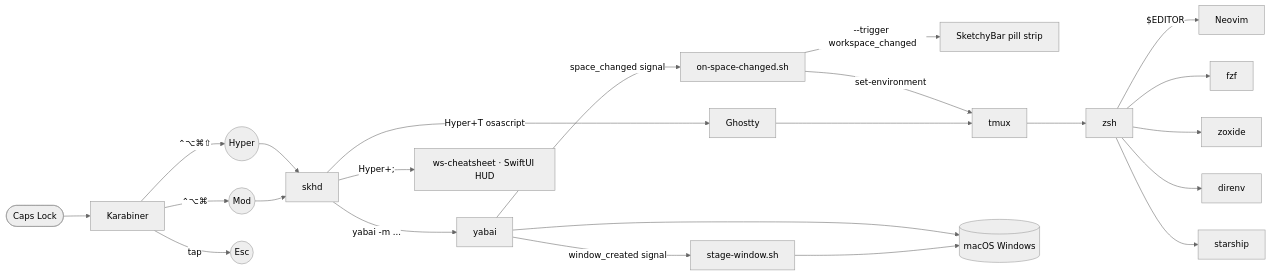
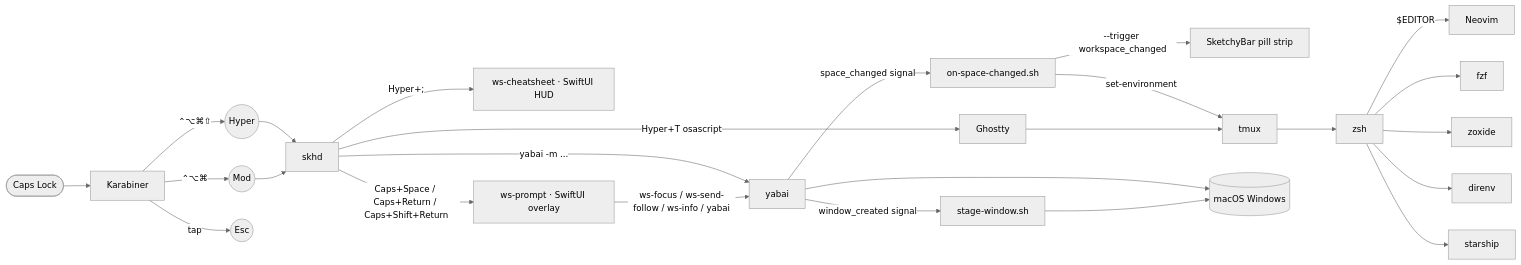
The first of 2 diagrams in docs/architecture.md (adames/dotfiles), drawn with Mermaid (neutral theme) before and after one commit. The commit also changed other lines of this file and 14 other files, not shown here.

````diff
--- a/docs/architecture.md
+++ b/docs/architecture.md
@@ -7,26 +7,28 @@
 ```mermaid
 graph LR
   CapsLock([Caps Lock]) --> Karabiner
   Karabiner -->|"⌃⌥⌘⇧"| Hyper((Hyper))
   Karabiner -->|"⌃⌥⌘"| Mod((Mod))
   Karabiner -->|tap| Esc((Esc))
 
   Hyper --> skhd
   Mod --> skhd
   skhd -->|"yabai -m ..."| yabai
   skhd -->|Hyper+T osascript| Ghostty
   skhd -->|Hyper+;| WSCheatsheet[ws-cheatsheet · SwiftUI HUD]
+  skhd -->|Caps+Space / Caps+Return / Caps+Shift+Return| WSPrompt[ws-prompt · SwiftUI overlay]
+  WSPrompt -->|ws-focus / ws-send-follow / ws-info / yabai| yabai
   yabai -->|window_created signal| WSStage[stage-window.sh]
 
   yabai -->|space_changed signal| WorkspaceHandler[on-space-changed.sh]
   WorkspaceHandler -->|--trigger workspace_changed| SketchyBar[SketchyBar pill strip]
   WorkspaceHandler -->|set-environment| tmux
 
   yabai --> Windows[(macOS Windows)]
   WSStage --> Windows
 
   Ghostty --> tmux
   tmux --> zsh
   zsh -->|"$EDITOR"| Neovim
   zsh --> fzf & zoxide & direnv & starship
 ```
````
